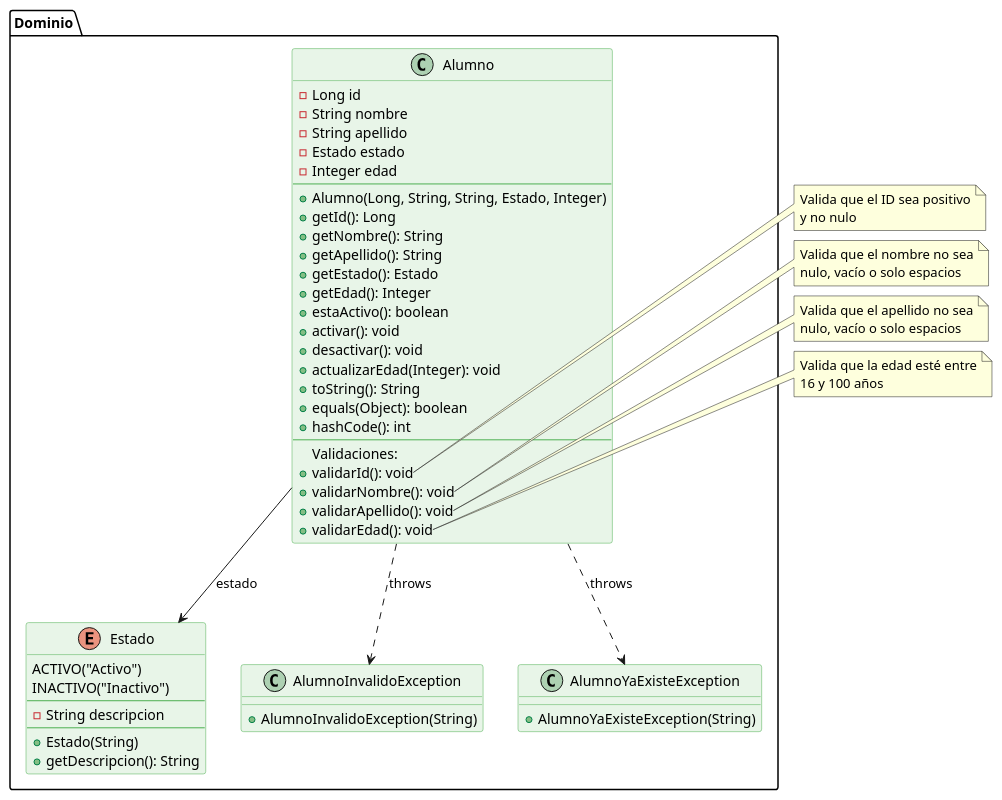
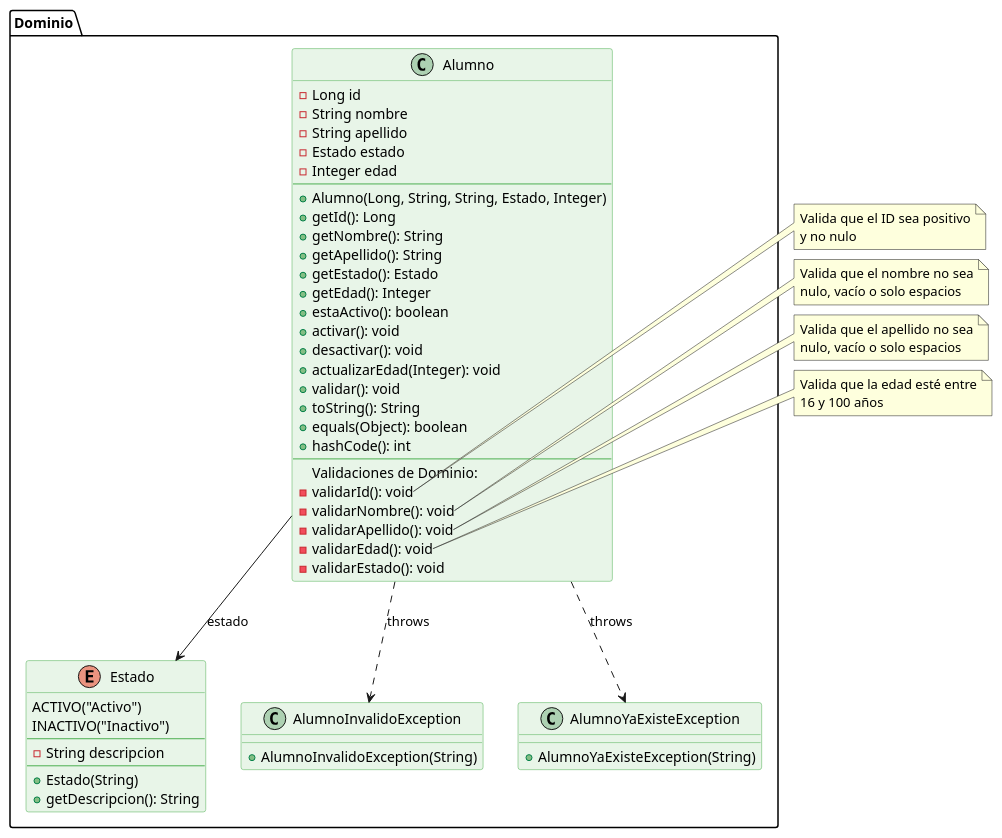
Before and after one commit to beta3000/webflux-alumnos: the second of 7 diagrams in docs/index.adoc, drawn with PlantUML. The commit also changed other lines of this file and 4 other files, not shown here.

```diff
--- a/docs/index.adoc
+++ b/docs/index.adoc
@@ -178,15 +178,17 @@
     +activar(): void
     +desactivar(): void
     +actualizarEdad(Integer): void
+    +validar(): void
     +toString(): String
     +equals(Object): boolean
     +hashCode(): int
     --
-    Validaciones:
-    +validarId(): void
-    +validarNombre(): void
-    +validarApellido(): void
-    +validarEdad(): void
+    Validaciones de Dominio:
+    -validarId(): void
+    -validarNombre(): void
+    -validarApellido(): void
+    -validarEdad(): void
+    -validarEstado(): void
   }
 
   enum Estado {
```
